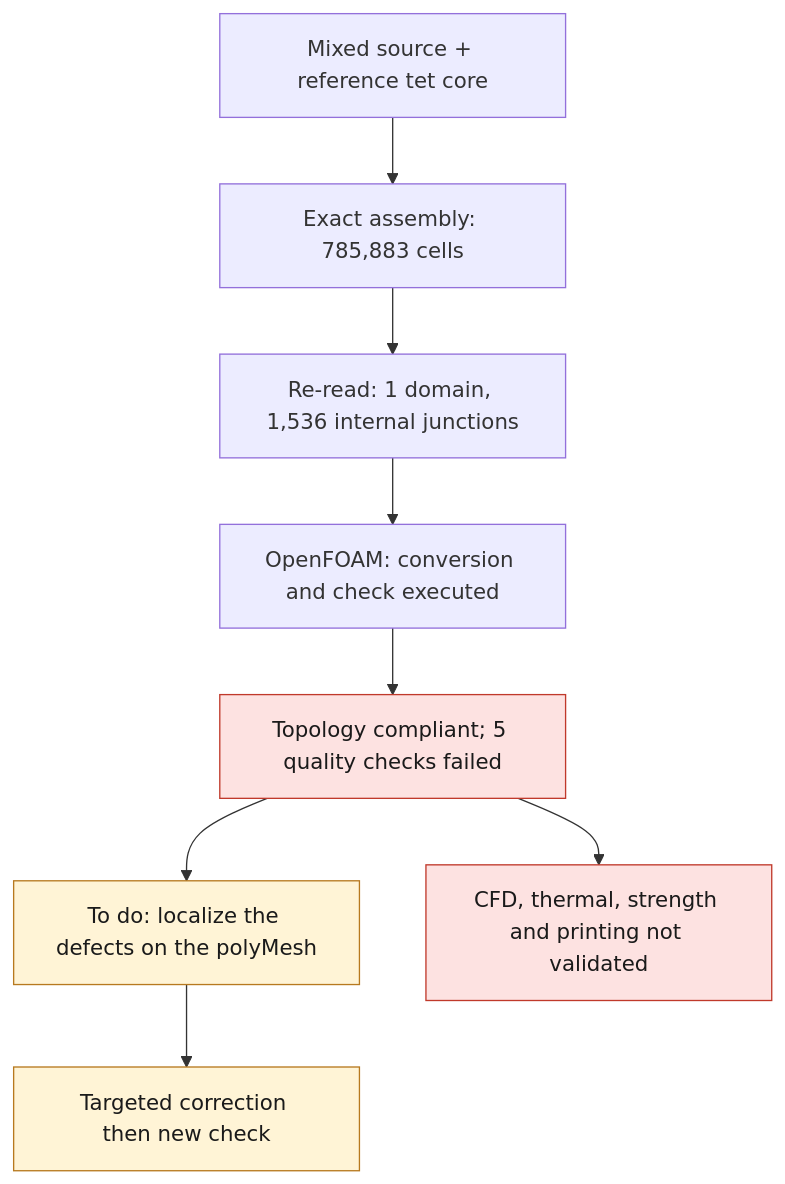
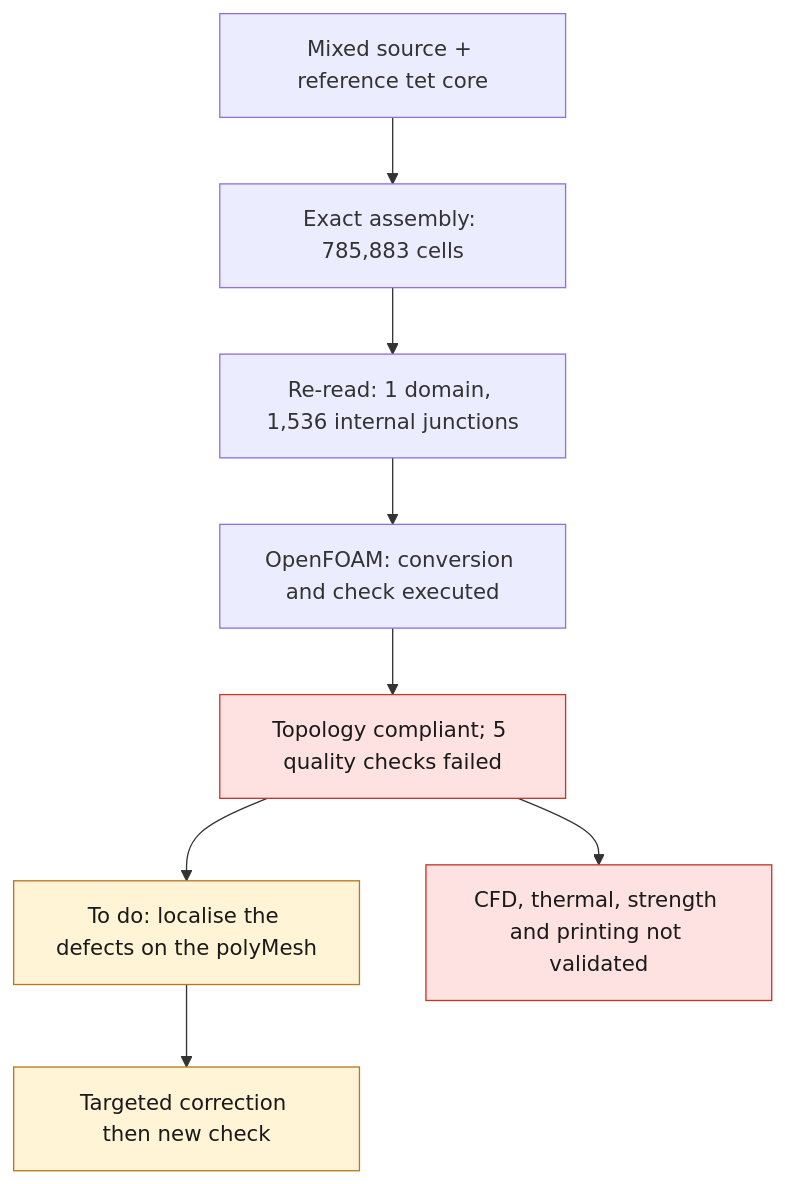
Before and after one commit to cluster2600/porscheparts: the diagram in docs/reports/M64_HYBRID_OPENFOAM_20260909.md, drawn with Mermaid. The commit also changed other lines of this file and 480 other files, not shown here.

````diff
--- a/docs/reports/M64_HYBRID_OPENFOAM_20260909.md
+++ b/docs/reports/M64_HYBRID_OPENFOAM_20260909.md
@@ -132,14 +132,14 @@
 ```mermaid
 flowchart TD
     A["Mixed source + reference tet core"] --> B["Exact assembly: 785,883 cells"]
     B --> C["Re-read: 1 domain, 1,536 internal junctions"]
     C --> D["OpenFOAM: conversion and check executed"]
     D --> E["Topology compliant; 5 quality checks failed"]
-    E --> F["To do: localize the defects on the polyMesh"]
+    E --> F["To do: localise the defects on the polyMesh"]
     F --> G["Targeted correction then new check"]
     E --> H["CFD, thermal, strength and printing not validated"]
     classDef stop fill:#fde2e1,stroke:#c0392b,color:#1a1a1a;
     classDef open fill:#fff4d6,stroke:#b7791f,color:#1a1a1a;
     class E,H stop
     class F,G open
 ```
````
